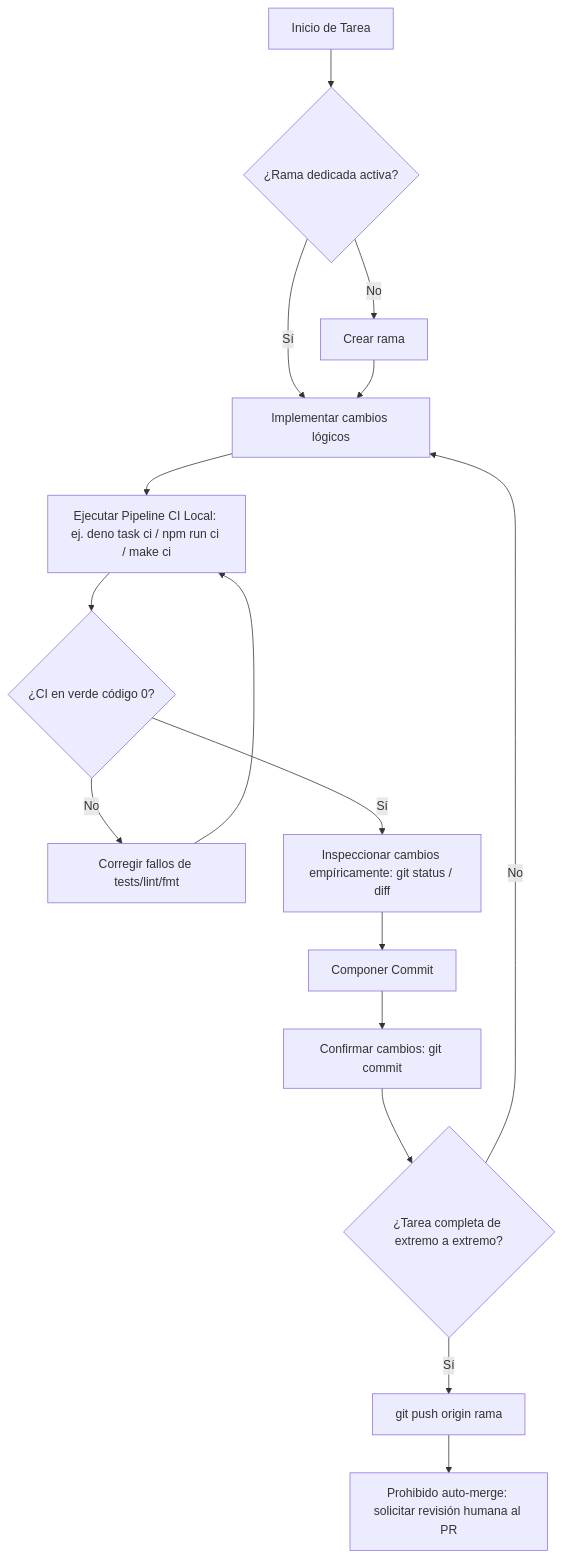
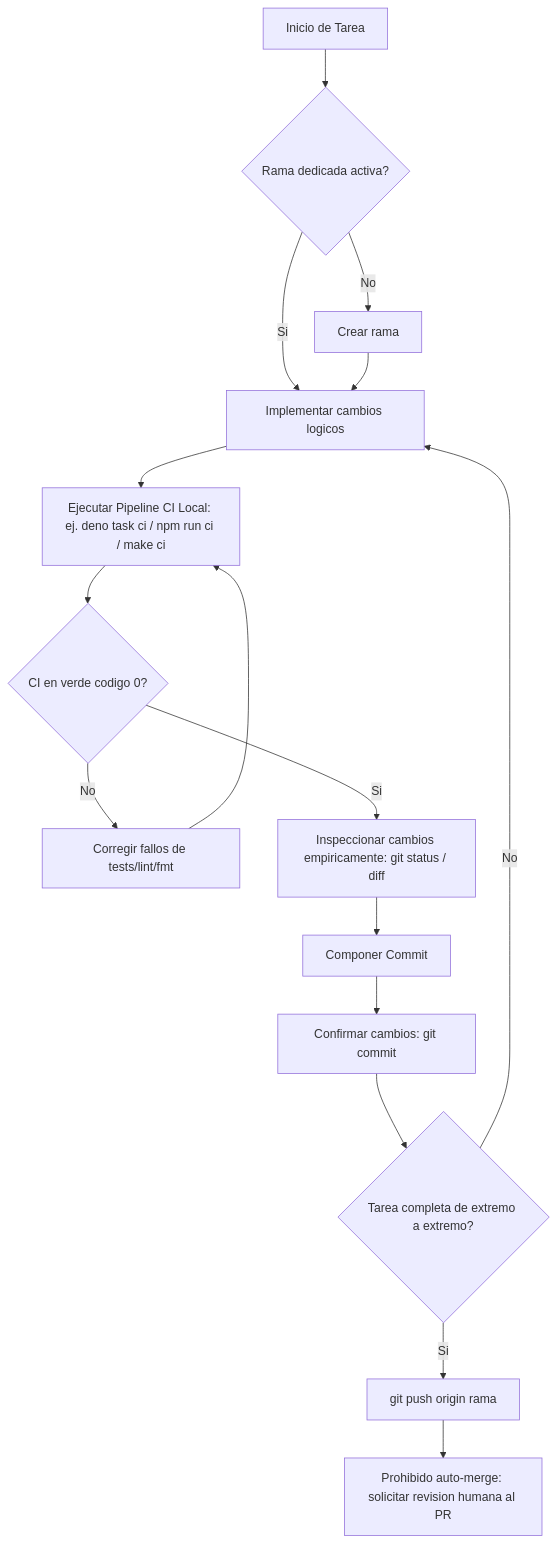
One commit to EdwinDragusin/agent-core-skills changed the diagram in skills/git-workflow-mastery/SKILL.md. Above: the diagram before and after it, drawn with Mermaid. The commit also changed other lines of this file and 89 other files, not shown here.

````diff
--- a/skills/git-workflow-mastery/SKILL.md
+++ b/skills/git-workflow-mastery/SKILL.md
@@ -112,18 +112,18 @@
 ```mermaid
 flowchart TD
-    A[Inicio de Tarea] --> B{¿Rama dedicada activa?}
+    A[Inicio de Tarea] --> B{Rama dedicada activa?}
     B -- No --> C[Crear rama]
-    B -- Sí --> D[Implementar cambios lógicos]
+    B -- Si --> D[Implementar cambios logicos]
     C --> D
     D --> E[Ejecutar Pipeline CI Local: ej. deno task ci / npm run ci / make ci]
-    E --> F{¿CI en verde código 0?}
+    E --> F{CI en verde codigo 0?}
     F -- No --> G[Corregir fallos de tests/lint/fmt]
     G --> E
-    F -- Sí --> H[Inspeccionar cambios empíricamente: git status / diff]
+    F -- Si --> H[Inspeccionar cambios empiricamente: git status / diff]
     H --> I[Componer Commit]
     I --> J[Confirmar cambios: git commit]
-    J --> K{¿Tarea completa de extremo a extremo?}
+    J --> K{Tarea completa de extremo a extremo?}
     K -- No --> D
-    K -- Sí --> L[git push origin rama]
-    L --> M[Prohibido auto-merge: solicitar revisión humana al PR]
+    K -- Si --> L[git push origin rama]
+    L --> M[Prohibido auto-merge: solicitar revision humana al PR]
 ```
````
